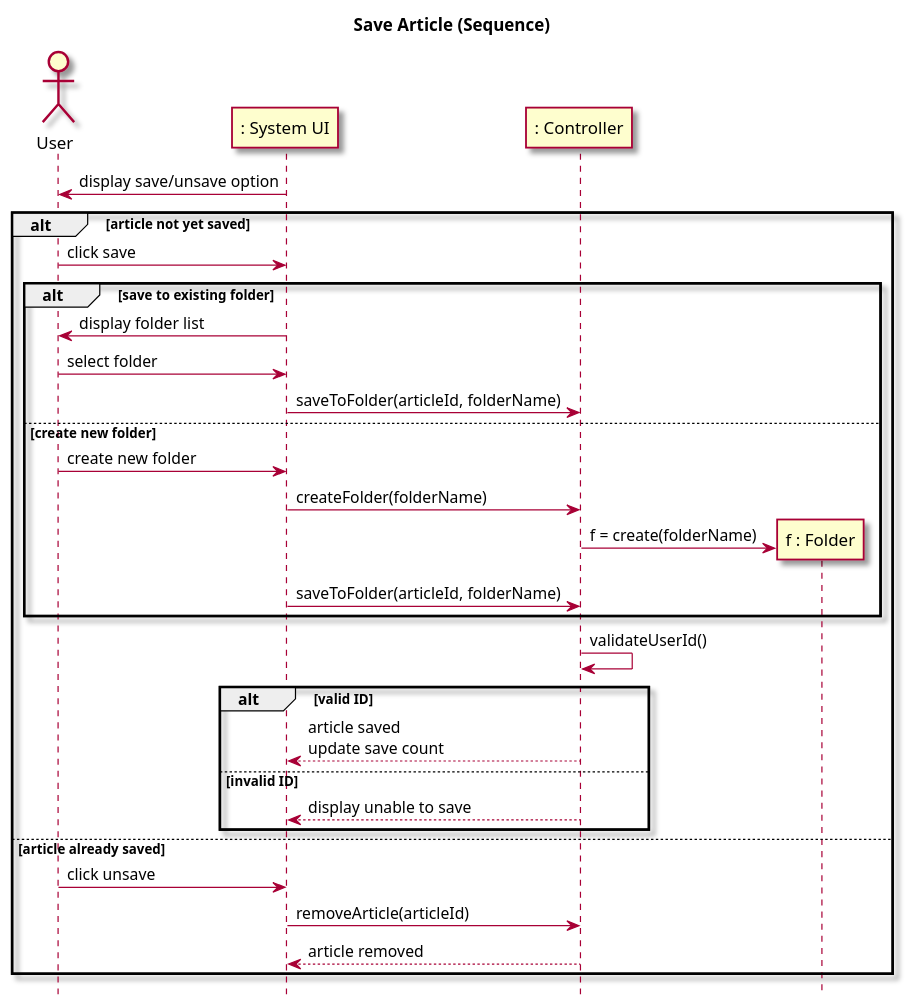
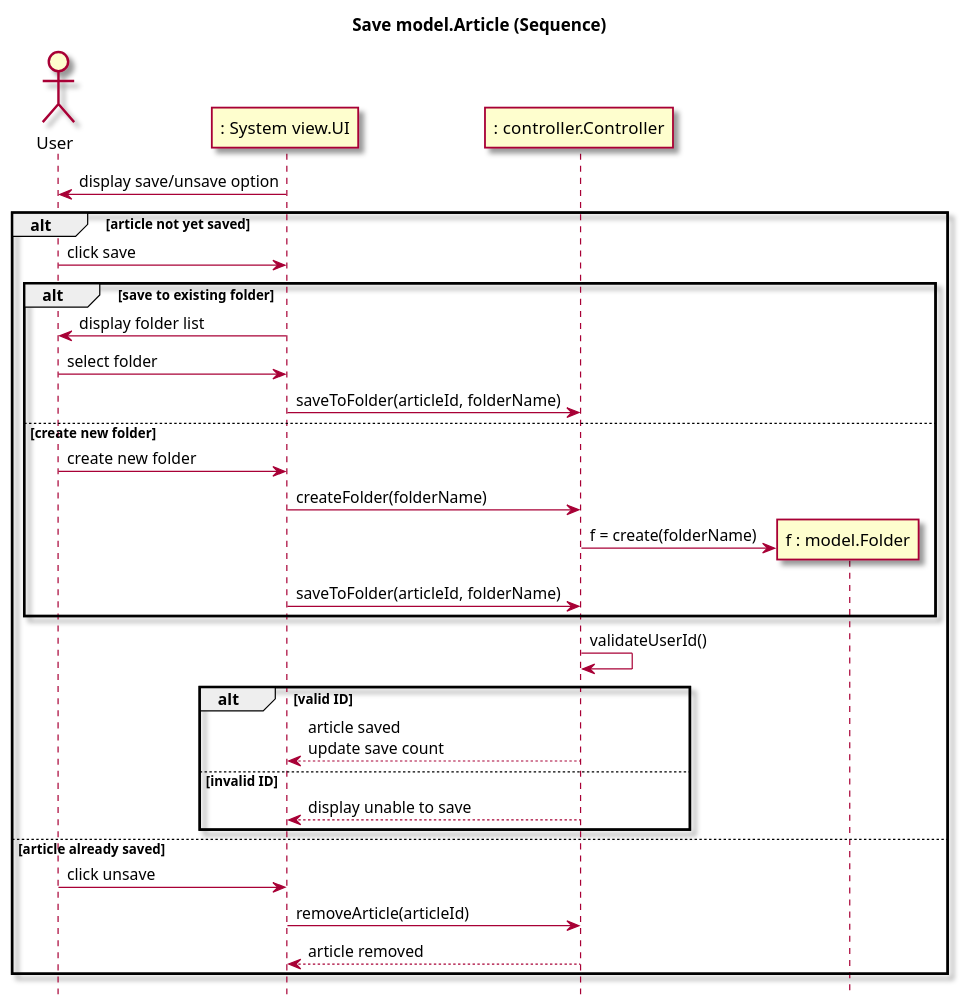
One commit to owhitleym-ui/EcoScoop changed the second of 2 diagrams in intellij/doc/use-cases/save-article.md. Above: the diagram before and after it, drawn with PlantUML. The commit also changed other lines of this file and 72 other files, not shown here.

Commit message:
Refactored Code to Implemented Model View Controller

````diff
--- a/intellij/doc/use-cases/save-article.md
+++ b/intellij/doc/use-cases/save-article.md
@@ -70,45 +70,45 @@
 ```plantuml
 @startuml@startuml
 skin rose
 hide footbox
-title Save Article (Sequence)
+title Save model.Article (Sequence)
 
 actor User
-participant ": System UI" as UI
-participant ": Controller" as Controller
-participant "f : Folder" as Folder
+participant ": System view.UI" as view.UI
+participant ": controller.Controller" as controller.Controller
+participant "f : model.Folder" as model.Folder
 
-UI -> User : display save/unsave option
+view.UI -> User : display save/unsave option
 
 alt article not yet saved
-    User -> UI : click save
+    User -> view.UI : click save
 
     alt save to existing folder
-        UI -> User : display folder list
-        User -> UI : select folder
-        UI -> Controller : saveToFolder(articleId, folderName)
+        view.UI -> User : display folder list
+        User -> view.UI : select folder
+        view.UI -> controller.Controller : saveToFolder(articleId, folderName)
 
     else create new folder
-        User -> UI : create new folder
-        UI -> Controller : createFolder(folderName)
-        Controller -> Folder ** : f = create(folderName)
-        UI -> Controller : saveToFolder(articleId, folderName)
+        User -> view.UI : create new folder
+        view.UI -> controller.Controller : createFolder(folderName)
+        controller.Controller -> model.Folder ** : f = create(folderName)
+        view.UI -> controller.Controller : saveToFolder(articleId, folderName)
     end
 
-    Controller -> Controller : validateUserId()
+    controller.Controller -> controller.Controller : validateUserId()
 
     alt valid ID
-        Controller --> UI : article saved\nupdate save count
+        controller.Controller --> view.UI : article saved\nupdate save count
     else invalid ID
-        Controller --> UI : display unable to save
+        controller.Controller --> view.UI : display unable to save
     end
 
 else article already saved
-    User -> UI : click unsave
-    UI -> Controller : removeArticle(articleId)
-    Controller --> UI : article removed
+    User -> view.UI : click unsave
+    view.UI -> controller.Controller : removeArticle(articleId)
+    controller.Controller --> view.UI : article removed
 end
 
 @enduml
 
 ```
````
